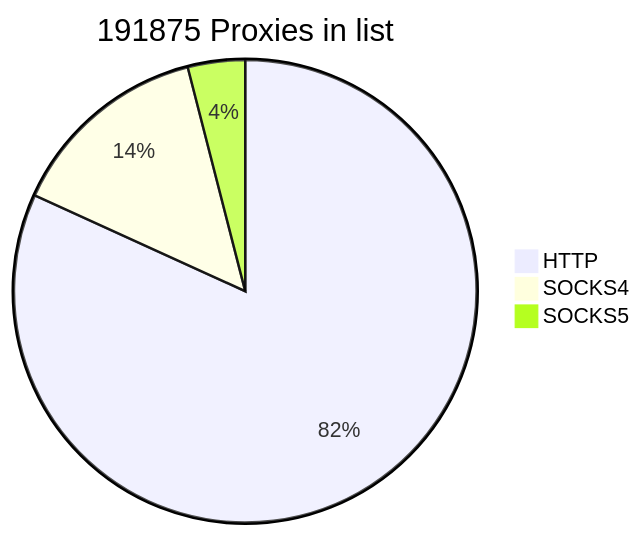
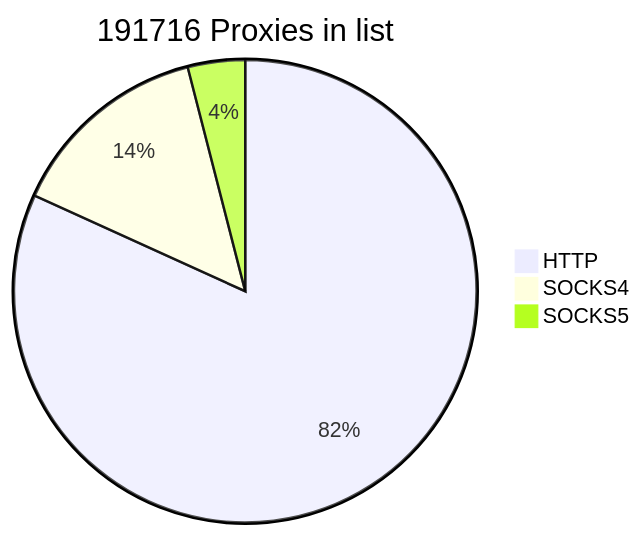
One commit to cutipu/proxylist changed the first of 2 diagrams in README.md. Above: the diagram before and after it, drawn with Mermaid. The commit also changed other lines of this file, not shown here.

````diff
--- a/README.md
+++ b/README.md
@@ -2,7 +2,7 @@
 ```mermaid
-pie title 191875 Proxies in list
-    "HTTP" : 156958
-    "SOCKS4" : 27241
-    "SOCKS5" : 7676
+pie title 191716 Proxies in list
+    "HTTP" : 156797
+    "SOCKS4" : 27247
+    "SOCKS5" : 7672
             
 ```
````
